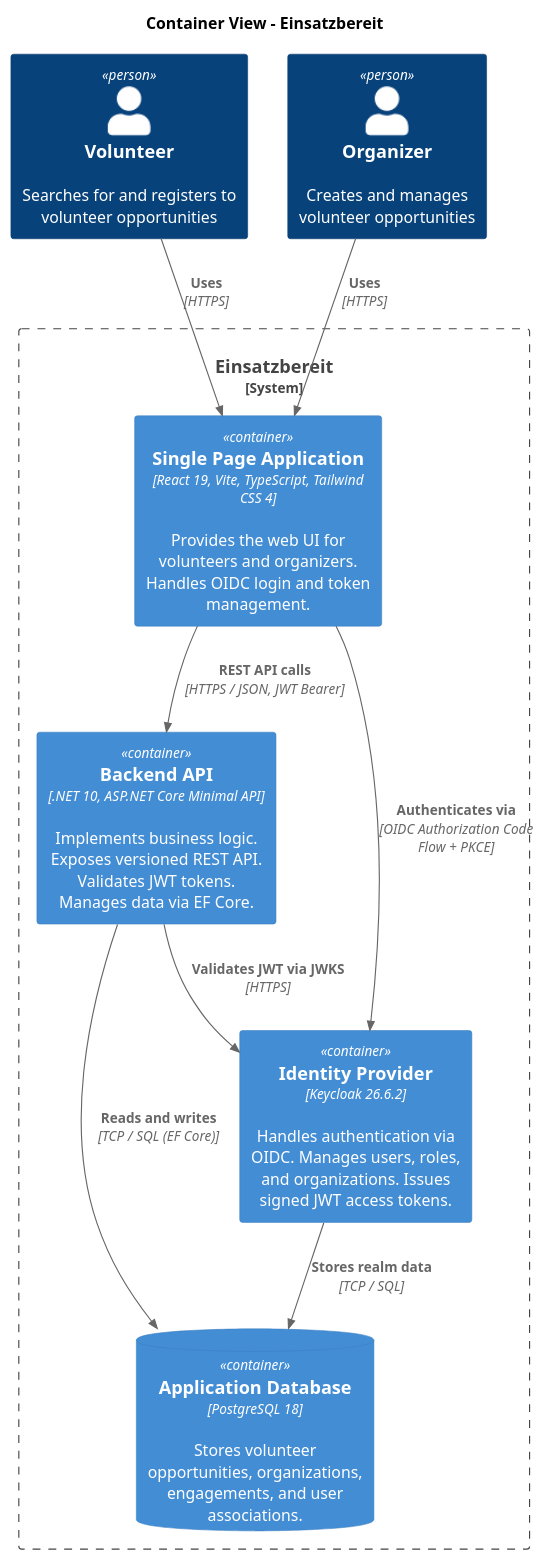
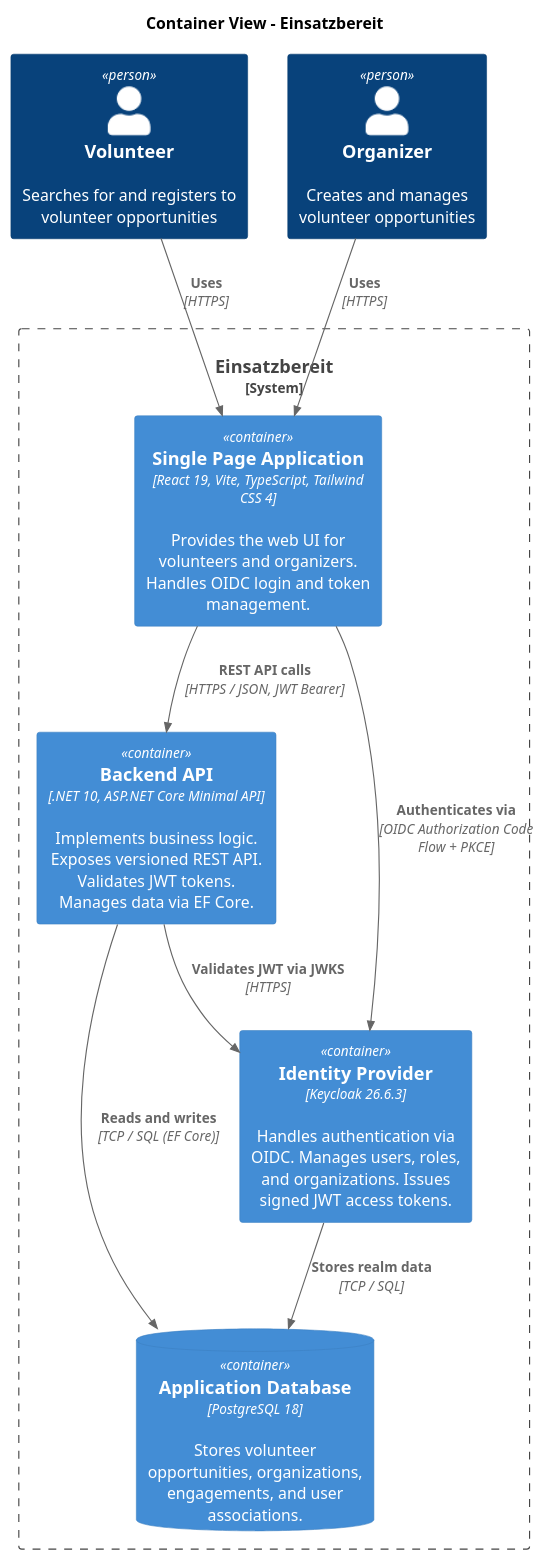
The diagram in docs/Architecture/images/container-view.puml (maik-hasler/einsatzbereit), drawn with PlantUML before and after one commit. The commit also changed 6 other files, not shown here.

```diff
--- a/docs/Architecture/images/container-view.puml
+++ b/docs/Architecture/images/container-view.puml
@@ -1,25 +1,25 @@
 @startuml Container View
 
 !include <C4/C4_Container>
 
 title Container View - Einsatzbereit
 
 Person(volunteer, "Volunteer", "Searches for and registers to volunteer opportunities")
 Person(organizer, "Organizer", "Creates and manages volunteer opportunities")
 
 System_Boundary(einsatzbereit, "Einsatzbereit") {
 		Container(frontend, "Single Page Application", "React 19, Vite, TypeScript, Tailwind CSS 4", "Provides the web UI for volunteers and organizers. Handles OIDC login and token management.")
 		Container(backend, "Backend API", ".NET 10, ASP.NET Core Minimal API", "Implements business logic. Exposes versioned REST API. Validates JWT tokens. Manages data via EF Core.")
 		ContainerDb(db, "Application Database", "PostgreSQL 18", "Stores volunteer opportunities, organizations, engagements, and user associations.")
-		Container(keycloak, "Identity Provider", "Keycloak 26.6.2", "Handles authentication via OIDC. Manages users, roles, and organizations. Issues signed JWT access tokens.")
+		Container(keycloak, "Identity Provider", "Keycloak 26.6.3", "Handles authentication via OIDC. Manages users, roles, and organizations. Issues signed JWT access tokens.")
 }
 
 Rel(volunteer, frontend, "Uses", "HTTPS")
 Rel(organizer, frontend, "Uses", "HTTPS")
 Rel(frontend, backend, "REST API calls", "HTTPS / JSON, JWT Bearer")
 Rel(frontend, keycloak, "Authenticates via", "OIDC Authorization Code Flow + PKCE")
 Rel(backend, db, "Reads and writes", "TCP / SQL (EF Core)")
 Rel(backend, keycloak, "Validates JWT via JWKS", "HTTPS")
 Rel(keycloak, db, "Stores realm data", "TCP / SQL")
 
 @enduml
```
